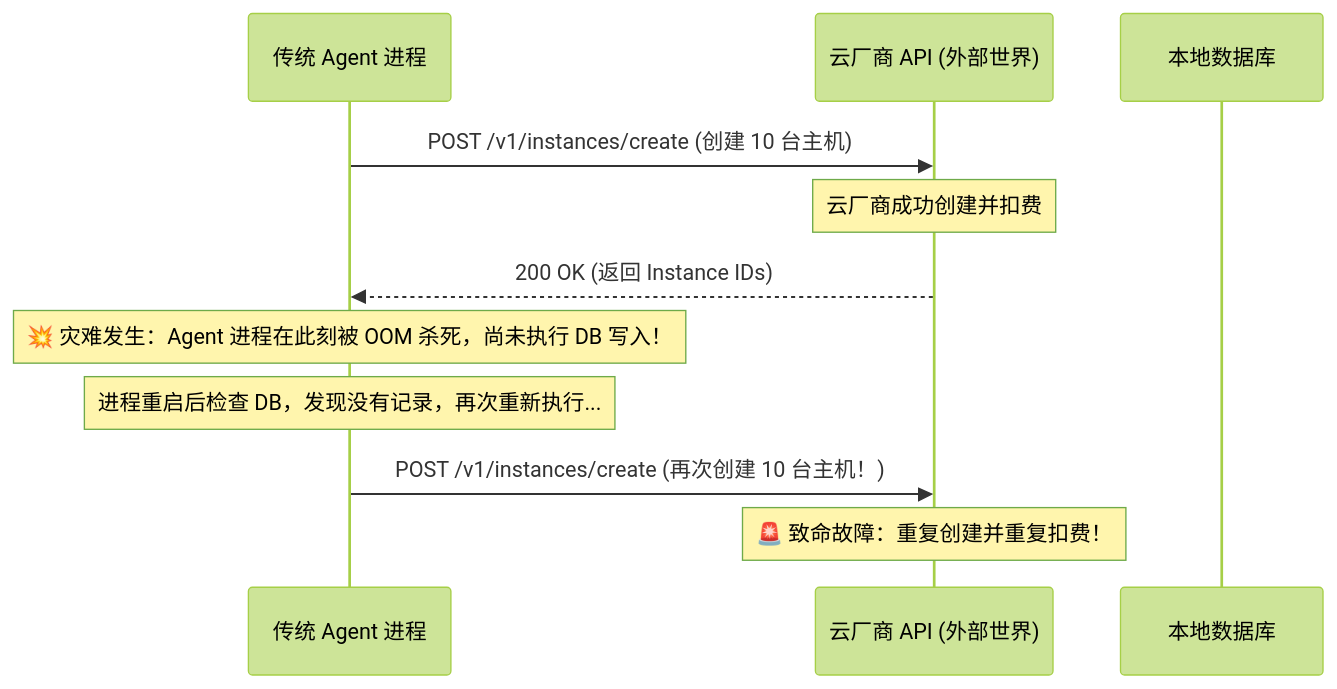
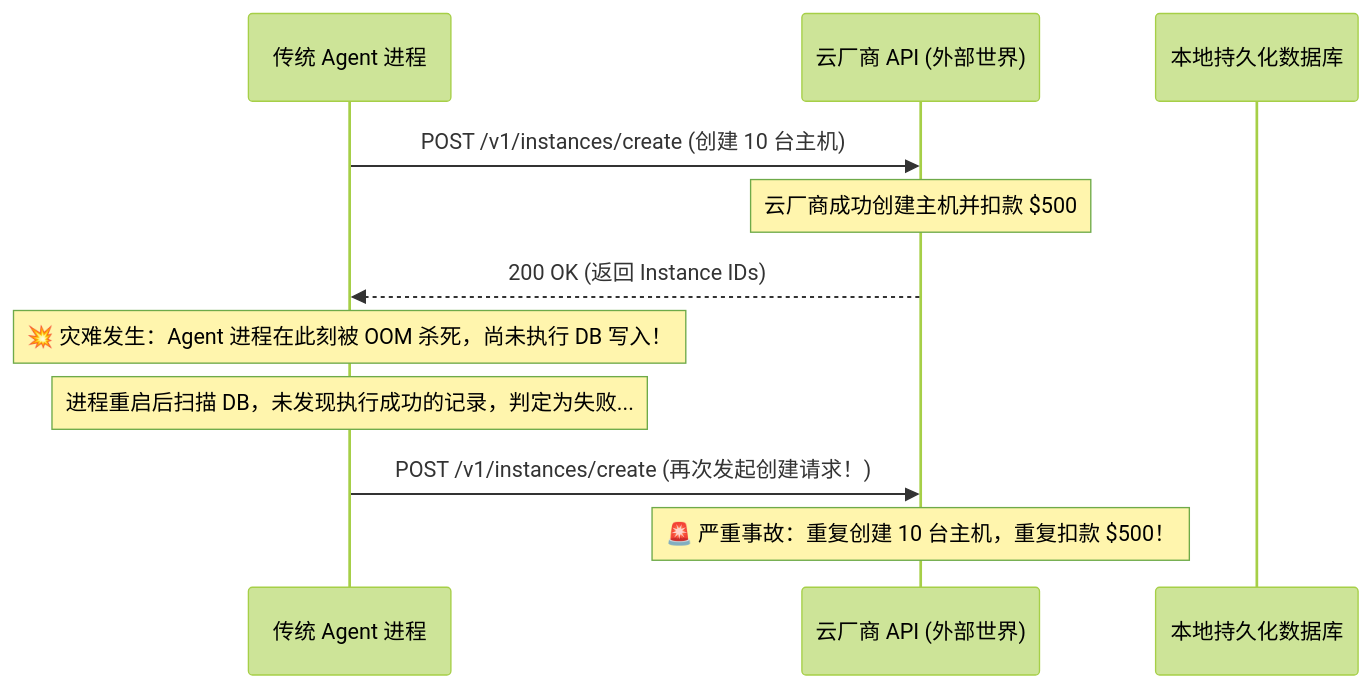
One commit to MoreConsequence/MoreConsequence.github.io changed the first of 2 diagrams in content/posts/oract-02-reliable-effects-and-outbox.md. Above: the diagram before and after it, drawn with Mermaid (forest theme). The commit also changed other lines of this file and 11 other files, not shown here.

````diff
--- a/content/posts/oract-02-reliable-effects-and-outbox.md
+++ b/content/posts/oract-02-reliable-effects-and-outbox.md
@@ -21,14 +21,14 @@
 ```mermaid
 sequenceDiagram
     participant Agent as 传统 Agent 进程
     participant Cloud as 云厂商 API (外部世界)
-    participant DB as 本地数据库
+    participant DB as 本地持久化数据库
 
     Agent->>Cloud: POST /v1/instances/create (创建 10 台主机)
-    Note over Cloud: 云厂商成功创建并扣费
+    Note over Cloud: 云厂商成功创建主机并扣款 $500
     Cloud-->>Agent: 200 OK (返回 Instance IDs)
     Note over Agent: 💥 灾难发生：Agent 进程在此刻被 OOM 杀死，尚未执行 DB 写入！
-    Note over Agent: 进程重启后检查 DB，发现没有记录，再次重新执行...
-    Agent->>Cloud: POST /v1/instances/create (再次创建 10 台主机！)
-    Note over Cloud: 🚨 致命故障：重复创建并重复扣费！
+    Note over Agent: 进程重启后扫描 DB，未发现执行成功的记录，判定为失败...
+    Agent->>Cloud: POST /v1/instances/create (再次发起创建请求！)
+    Note over Cloud: 🚨 严重事故：重复创建 10 台主机，重复扣款 $500！
 ```
````
